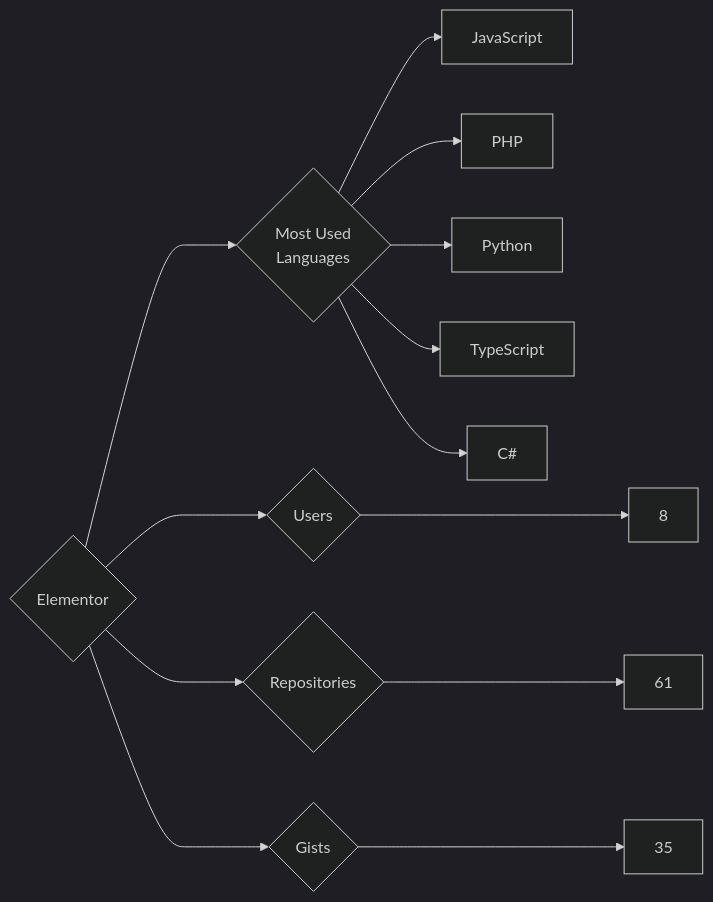
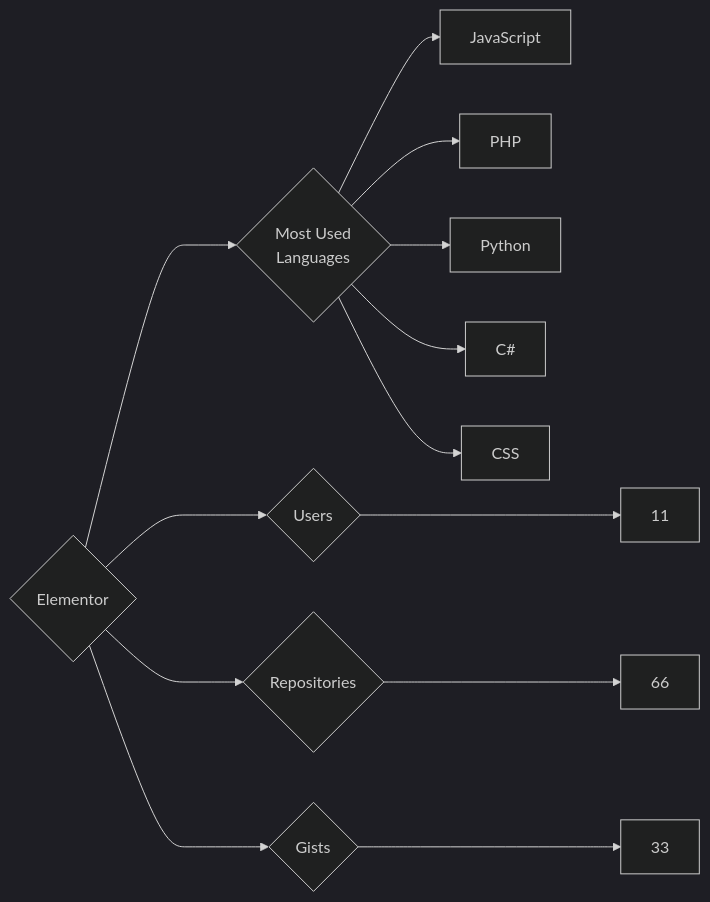
One commit to trickest/insiders changed the diagram in targets/Elementor/README.md. Above: the diagram before and after it, drawn with Mermaid (dark theme). The commit also changed 888 other files, not shown here.

````diff
--- a/targets/Elementor/README.md
+++ b/targets/Elementor/README.md
@@ -3,13 +3,13 @@
 ```mermaid
 graph LR
 COMPANY_NAME{Elementor}
-COMPANY_NAME ---> U{Users} ---> UN[8]
-COMPANY_NAME ---> R{Repositories} ---> RN[61]
-COMPANY_NAME ---> G{Gists} ---> GN[35]
+COMPANY_NAME ---> U{Users} ---> UN[11]
+COMPANY_NAME ---> R{Repositories} ---> RN[66]
+COMPANY_NAME ---> G{Gists} ---> GN[33]
 COMPANY_NAME ---> ML{Most Used<br>Languages}
 ML --> JavaScript[JavaScript]
 ML --> PHP[PHP]
 ML --> Python[Python]
-ML --> TypeScript[TypeScript]
 ML --> C#[C#]
+ML --> CSS[CSS]
 ```
````
